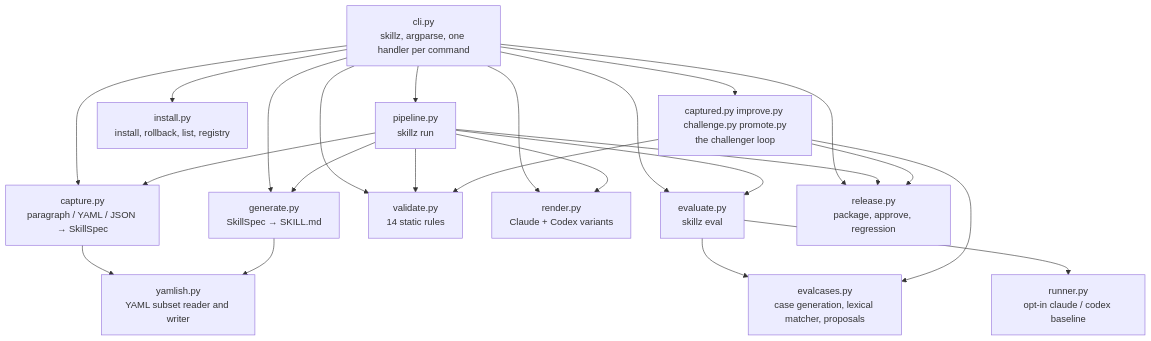
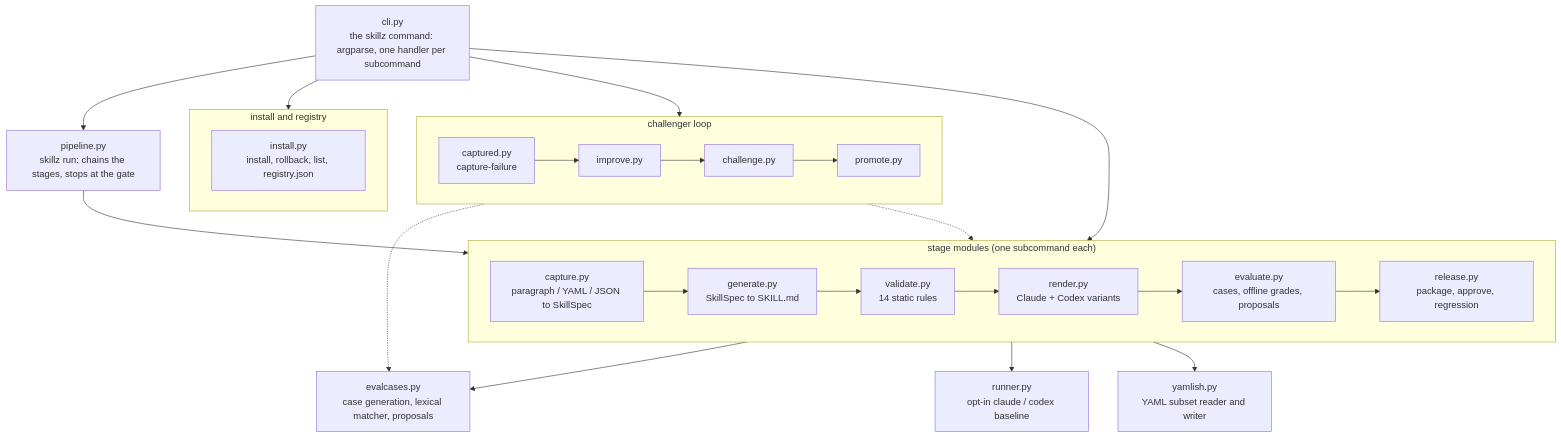
One commit to Jimmycarroll2021/skill-factory changed the sixth of 6 diagrams in README.md. Above: the diagram before and after it, drawn with Mermaid.

Commit message:
docs: simplify the architecture diagram

````diff
--- a/README.md
+++ b/README.md
@@ -283,19 +283,25 @@
 ```mermaid
 flowchart TB
-    cli[cli.py<br/>skillz, argparse, one handler per command]
-    cli --> pipeline[pipeline.py<br/>skillz run]
-    cli --> capture[capture.py<br/>paragraph / YAML / JSON → SkillSpec]
-    cli --> generate[generate.py<br/>SkillSpec → SKILL.md]
-    cli --> validate[validate.py<br/>14 static rules]
-    cli --> render[render.py<br/>Claude + Codex variants]
-    cli --> evaluate[evaluate.py<br/>skillz eval]
-    cli --> release[release.py<br/>package, approve, regression]
-    cli --> install[install.py<br/>install, rollback, list, registry]
-    cli --> loop[captured.py improve.py challenge.py promote.py<br/>the challenger loop]
+    cli[cli.py<br/>the skillz command: argparse, one handler per subcommand]
+    cli --> pipeline[pipeline.py<br/>skillz run: chains the stages, stops at the gate]
+    cli --> stages
+    cli --> ship
+    cli --> loop
+    subgraph stages["stage modules (one subcommand each)"]
+        direction LR
+        capture[capture.py<br/>paragraph / YAML / JSON to SkillSpec] --> generate[generate.py<br/>SkillSpec to SKILL.md] --> validate[validate.py<br/>14 static rules] --> render[render.py<br/>Claude + Codex variants] --> evaluate[evaluate.py<br/>cases, offline grades, proposals] --> release[release.py<br/>package, approve, regression]
+    end
+    pipeline --> stages
+    subgraph ship["install and registry"]
+        install[install.py<br/>install, rollback, list, registry.json]
+    end
+    subgraph loop["challenger loop"]
+        direction LR
+        captured[captured.py<br/>capture-failure] --> improve[improve.py] --> challenge[challenge.py] --> promote[promote.py]
+    end
     evaluate --> evalcases[evalcases.py<br/>case generation, lexical matcher, proposals]
     evaluate --> runner[runner.py<br/>opt-in claude / codex baseline]
     capture --> yamlish[yamlish.py<br/>YAML subset reader and writer]
-    generate --> yamlish
-    pipeline --> capture & generate & validate & render & evaluate & release
-    loop --> evalcases & validate & release
+    loop -.-> evalcases
+    loop -.-> release
 ```
````
